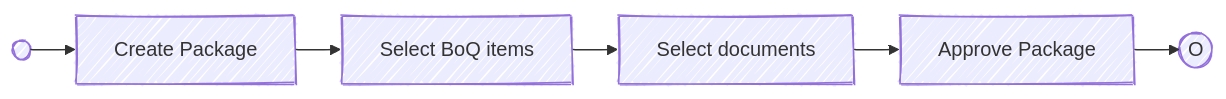
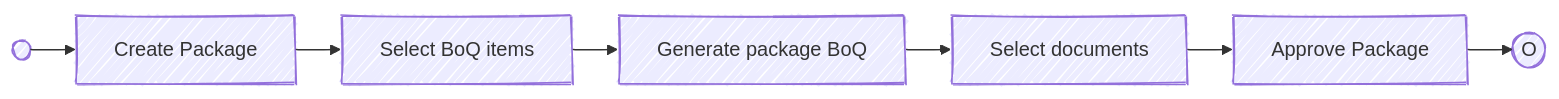
The second of 2 diagrams in README.md (ScubaSteveInAus/BuildFlow), drawn with Mermaid before and after one commit. The commit also changed other lines of this file, not shown here.

````diff
--- a/README.md
+++ b/README.md
@@ -29,13 +29,14 @@
 ```mermaid
 ---
 config:
   layout: elk
   look: handDrawn
 ---
 flowchart LR
   A((    )) --> B[Create Package]
   B --> C[Select BoQ items]
-  C --> D[Select documents]
-  D --> E[Approve Package]
-  E -->F((O))
+  C --> D[Generate package BoQ]
+  D --> E[Select documents]
+  E --> F[Approve Package]
+  F --> G((O))
 ```
````
